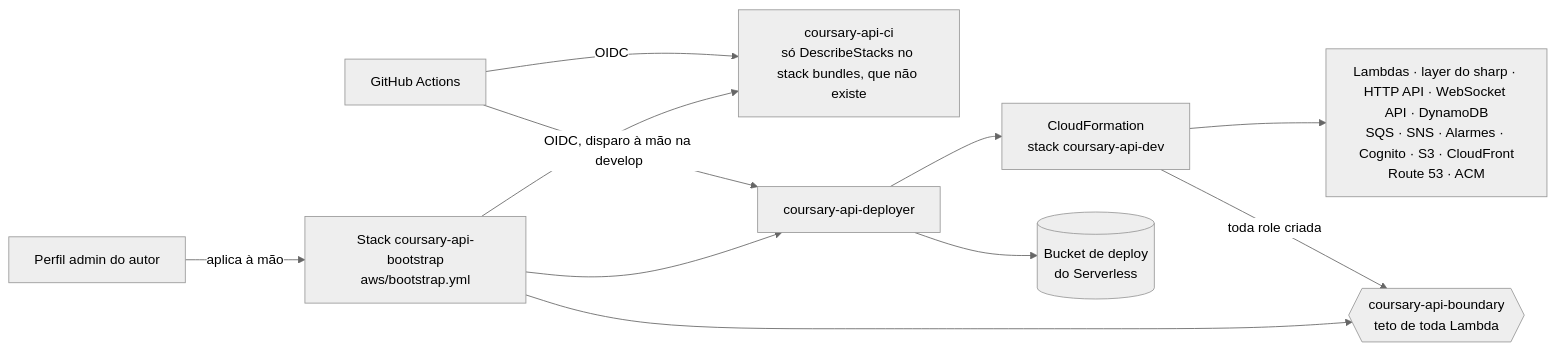
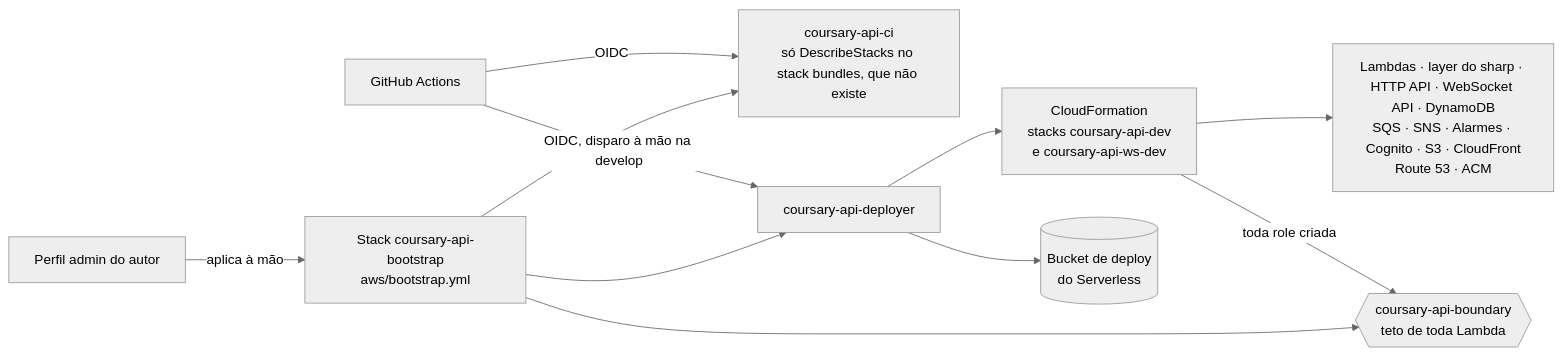
Before and after one commit to joaosoarees/coursary-api: the third of 3 diagrams in docs/system-design.md, drawn with Mermaid (neutral theme). The commit also changed other lines of this file, not shown here.

````diff
--- a/docs/system-design.md
+++ b/docs/system-design.md
@@ -246,11 +248,11 @@
 ```mermaid
 flowchart LR
   gh[GitHub Actions] -->|OIDC| ci[coursary-api-ci<br/>só DescribeStacks no stack bundles, que não existe]
   gh -->|OIDC, disparo à mão na develop| dep[coursary-api-deployer]
-  dep --> cfn[CloudFormation<br/>stack coursary-api-dev]
+  dep --> cfn[CloudFormation<br/>stacks coursary-api-dev<br/>e coursary-api-ws-dev]
   dep --> bucket[(Bucket de deploy<br/>do Serverless)]
   cfn --> res[Lambdas · layer do sharp · HTTP API · WebSocket API · DynamoDB<br/>SQS · SNS · Alarmes · Cognito · S3 · CloudFront<br/>Route 53 · ACM]
   cfn -->|toda role criada| boundary{{coursary-api-boundary<br/>teto de toda Lambda}}
   admin[Perfil admin do autor] -->|aplica à mão| boot[Stack coursary-api-bootstrap<br/>aws/bootstrap.yml]
   boot --> ci & dep & boundary
 ```
````
